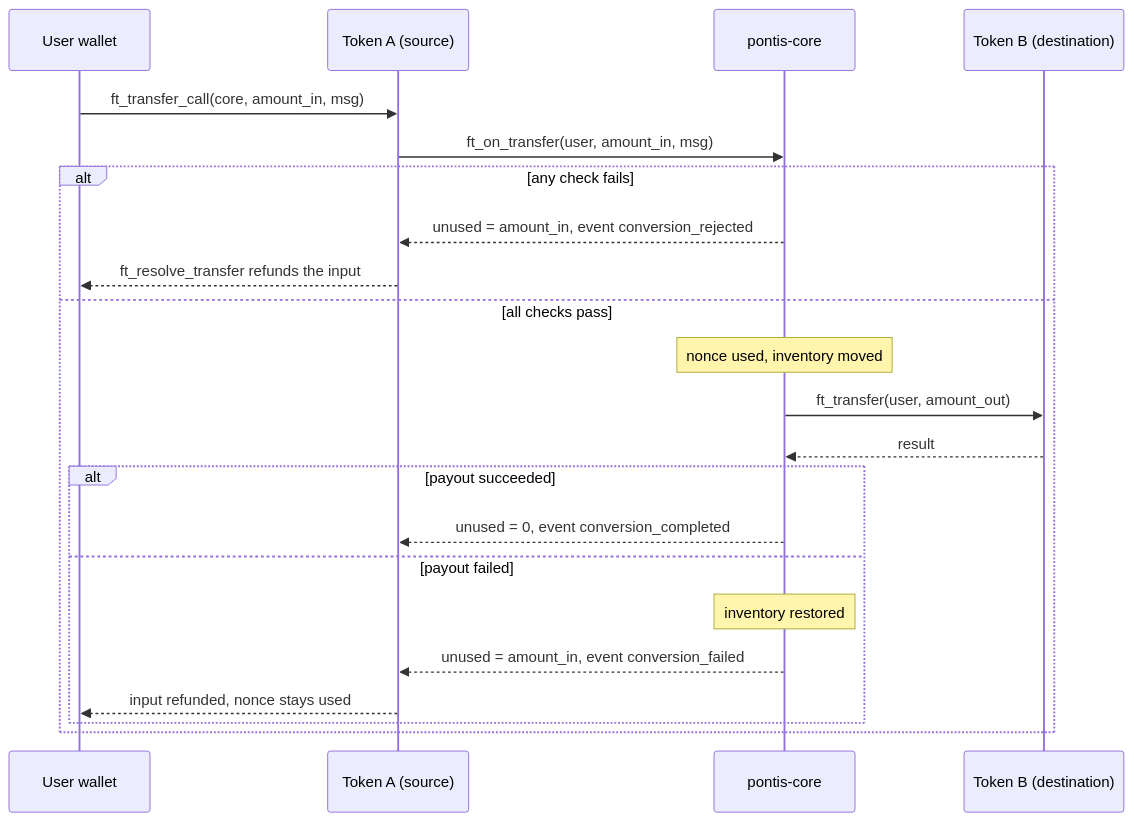
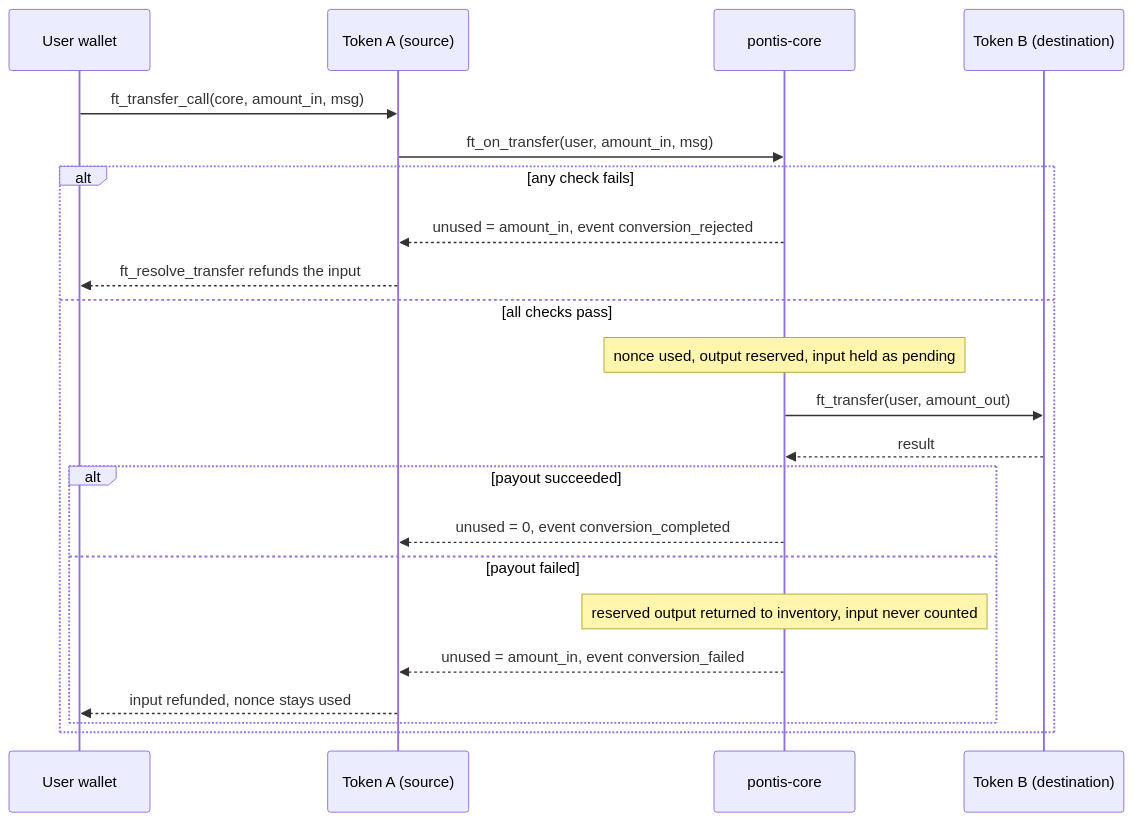
The diagram in docs/decisions/0007-conversion-via-ft-transfer-call.md (LandryOkoye/pontis), drawn with Mermaid before and after one commit. The commit also changed other lines of this file and 3 other files, not shown here.

````diff
--- a/docs/decisions/0007-conversion-via-ft-transfer-call.md
+++ b/docs/decisions/0007-conversion-via-ft-transfer-call.md
@@ -72,24 +72,24 @@
 ```mermaid
 sequenceDiagram
     participant W as User wallet
     participant A as Token A (source)
     participant C as pontis-core
     participant B as Token B (destination)
     W->>A: ft_transfer_call(core, amount_in, msg)
     A->>C: ft_on_transfer(user, amount_in, msg)
     alt any check fails
         C-->>A: unused = amount_in, event conversion_rejected
         A-->>W: ft_resolve_transfer refunds the input
     else all checks pass
-        Note over C: nonce used, inventory moved
+        Note over C: nonce used, output reserved, input held as pending
         C->>B: ft_transfer(user, amount_out)
         B-->>C: result
         alt payout succeeded
             C-->>A: unused = 0, event conversion_completed
         else payout failed
-            Note over C: inventory restored
+            Note over C: reserved output returned to inventory, input never counted
             C-->>A: unused = amount_in, event conversion_failed
             A-->>W: input refunded, nonce stays used
         end
     end
 ```
````
